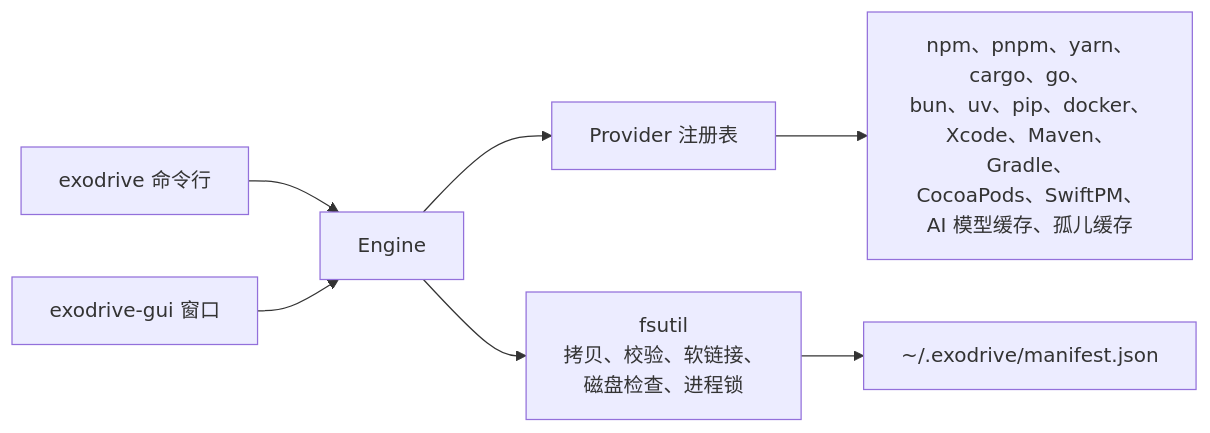
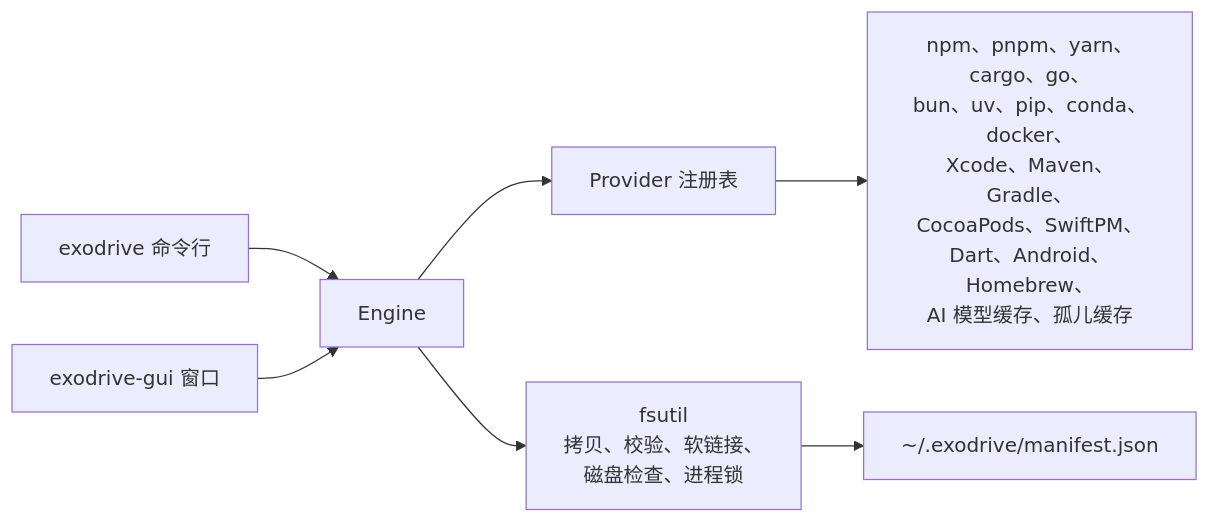
Before and after one commit to Jungley8/exodrive: the diagram in README.zh.md, drawn with Mermaid. The commit also changed other lines of this file and 17 other files, not shown here.

First line of the commit message:
feat(providers): move Dart, Android, Conda, and Homebrew caches

````diff
--- a/README.zh.md
+++ b/README.zh.md
@@ -34,9 +34,9 @@
 ```mermaid
 flowchart LR
     CLI["exodrive 命令行"] --> Engine
     GUI["exodrive-gui 窗口"] --> Engine
     Engine --> Registry["Provider 注册表"]
-    Registry --> P["npm、pnpm、yarn、cargo、go、<br/>bun、uv、pip、docker、<br/>Xcode、Maven、Gradle、<br/>CocoaPods、SwiftPM、<br/>AI 模型缓存、孤儿缓存"]
+    Registry --> P["npm、pnpm、yarn、cargo、go、<br/>bun、uv、pip、conda、docker、<br/>Xcode、Maven、Gradle、<br/>CocoaPods、SwiftPM、<br/>Dart、Android、Homebrew、<br/>AI 模型缓存、孤儿缓存"]
     Engine --> FS["fsutil<br/>拷贝、校验、软链接、<br/>磁盘检查、进程锁"]
     FS --> Ledger["~/.exodrive/manifest.json"]
 ```
````
